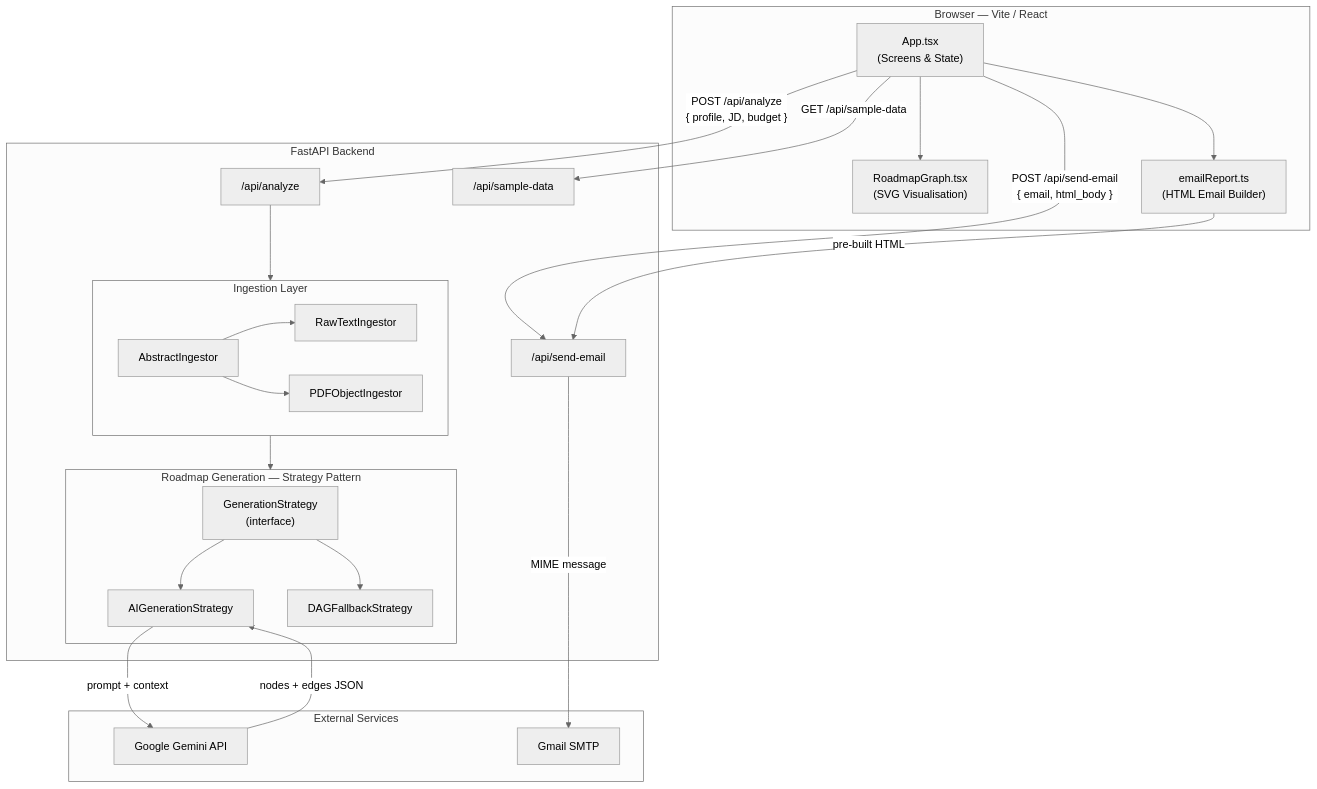
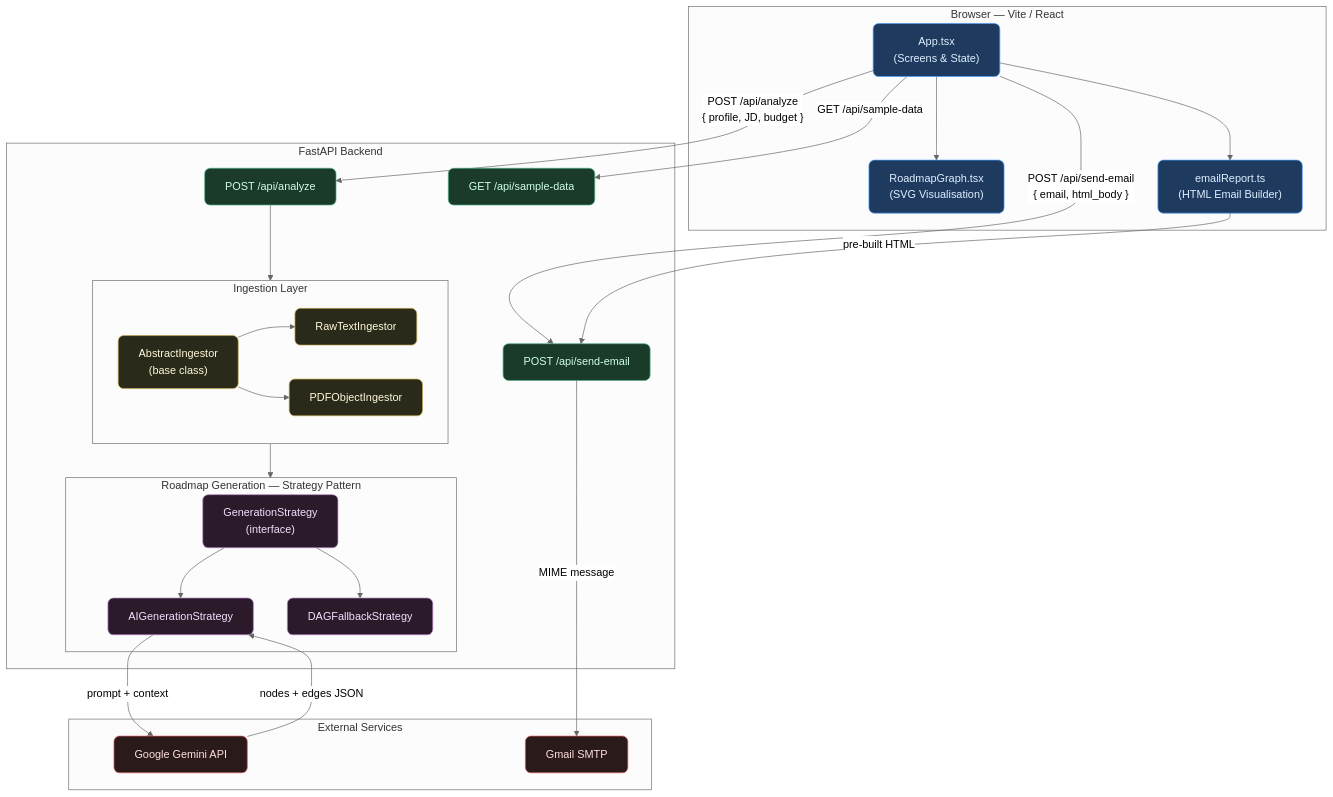
One commit to Aniketsingh54/Skill-Bridge changed the first of 3 diagrams in DESIGN.md. Above: the diagram before and after it, drawn with Mermaid (neutral theme). The commit also changed other lines of this file, not shown here.

````diff
--- a/DESIGN.md
+++ b/DESIGN.md
@@ -50,48 +62,61 @@
 ```mermaid
 graph TB
+    classDef browser fill:#1e3a5f,stroke:#4a9eff,color:#e0f0ff,rx:8
+    classDef api fill:#1a3a2a,stroke:#4caf82,color:#d0ffe8,rx:8
+    classDef ingestion fill:#2a2a1a,stroke:#c8a84b,color:#fff8da,rx:8
+    classDef generation fill:#2a1a2a,stroke:#b87fcb,color:#f5e0ff,rx:8
+    classDef external fill:#2a1a1a,stroke:#e05c5c,color:#ffe0e0,rx:8
+    classDef default color:#fff
+
     subgraph Browser["Browser — Vite / React"]
         UI["App.tsx\n(Screens & State)"]
         Graph["RoadmapGraph.tsx\n(SVG Visualisation)"]
         EmailBuilder["emailReport.ts\n(HTML Email Builder)"]
     end
 
     subgraph Backend["FastAPI Backend"]
-        Analyze["/api/analyze"]
-        SendEmail["/api/send-email"]
-        SampleData["/api/sample-data"]
+        Analyze["POST /api/analyze"]
+        SendEmail["POST /api/send-email"]
+        SampleData["GET /api/sample-data"]
 
         subgraph Ingestion["Ingestion Layer"]
-            Base["AbstractIngestor"]
+            Base["AbstractIngestor\n(base class)"]
             RawText["RawTextIngestor"]
             PDF["PDFObjectIngestor"]
             Base --> RawText
             Base --> PDF
         end
 
         subgraph Generation["Roadmap Generation — Strategy Pattern"]
             Strategy["GenerationStrategy\n(interface)"]
             AI["AIGenerationStrategy"]
             DAG["DAGFallbackStrategy"]
             Strategy --> AI
             Strategy --> DAG
         end
 
         Analyze --> Ingestion
         Ingestion --> Generation
     end
 
     subgraph External["External Services"]
         Gemini["Google Gemini API"]
         SMTP["Gmail SMTP"]
     end
 
     UI -->|"POST /api/analyze\n{ profile, JD, budget }"| Analyze
     UI -->|"POST /api/send-email\n{ email, html_body }"| SendEmail
     UI -->|"GET /api/sample-data"| SampleData
     UI --> Graph
     UI --> EmailBuilder
     EmailBuilder -->|"pre-built HTML"| SendEmail
     AI -->|"prompt + context"| Gemini
     Gemini -->|"nodes + edges JSON"| AI
     SendEmail -->|"MIME message"| SMTP
+
+    class UI,Graph,EmailBuilder browser
+    class Analyze,SendEmail,SampleData api
+    class Base,RawText,PDF ingestion
+    class Strategy,AI,DAG generation
+    class Gemini,SMTP external
 ```
````
